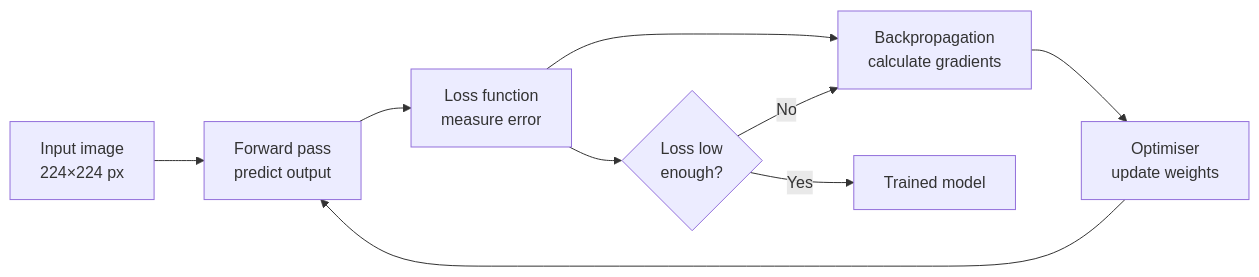
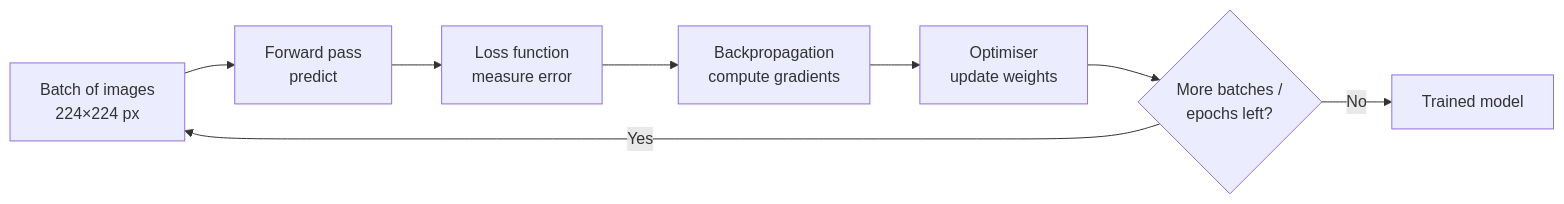
One commit to Paulmburu/ai-crop-disease-platform changed the third of 11 diagrams in docs/PHASE_1_ML_THEORY_AND_DATA.md. Above: the diagram before and after it, drawn with Mermaid. The commit also changed other lines of this file and 7 other files, not shown here.

````diff
--- a/docs/PHASE_1_ML_THEORY_AND_DATA.md
+++ b/docs/PHASE_1_ML_THEORY_AND_DATA.md
@@ -227,11 +219,10 @@
 ```mermaid
 flowchart LR
-    A[Input image\n224×224 px] --> B[Forward pass\npredict output]
-    B --> C[Loss function\nmeasure error]
-    C --> D[Backpropagation\ncalculate gradients]
-    D --> E[Optimiser\nupdate weights]
-    E --> B
-    C --> F{Loss low\nenough?}
-    F -- No --> D
-    F -- Yes --> G[Trained model]
+    A[Batch of images<br/>224×224 px] --> B[Forward pass<br/>predict]
+    B --> C[Loss function<br/>measure error]
+    C --> D[Backpropagation<br/>compute gradients]
+    D --> E[Optimiser<br/>update weights]
+    E --> F{More batches /<br/>epochs left?}
+    F -- Yes --> A
+    F -- No --> G[Trained model]
 ```
````
